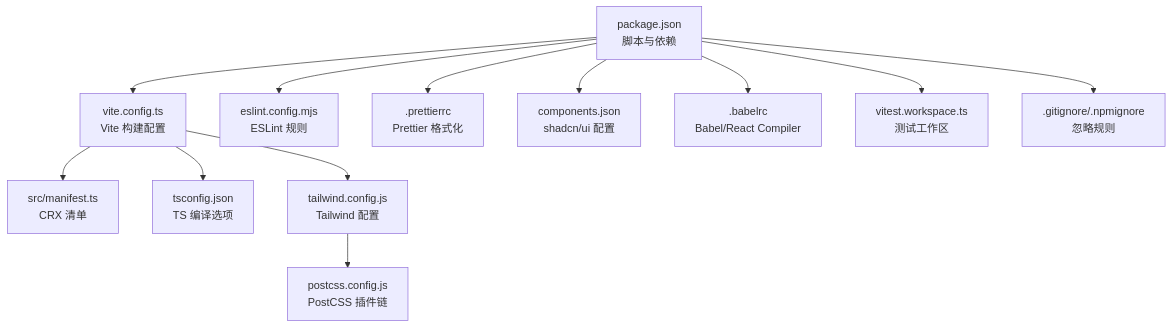
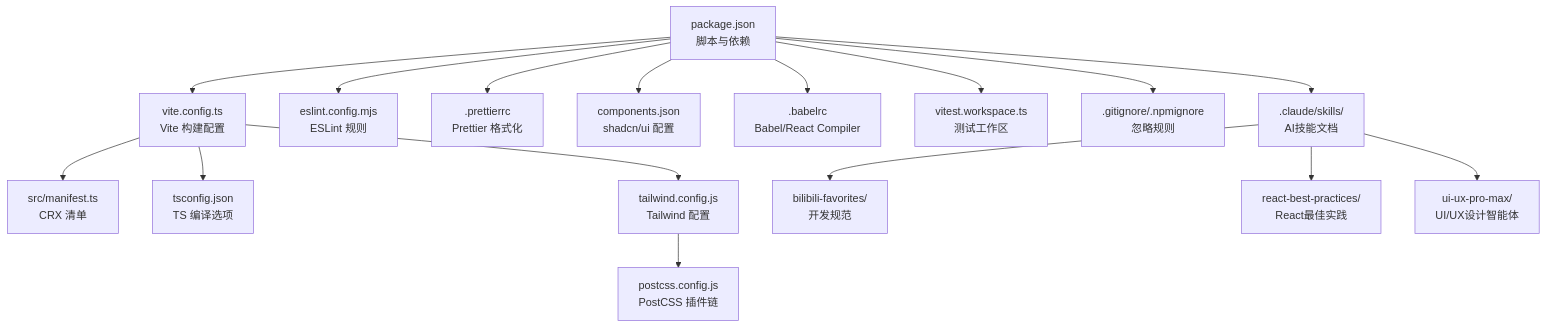
The first of 3 diagrams in .qoder/repowiki/zh/content/开发指南/开发指南.md (RadiumAg/bilibili-favorites), drawn with Mermaid before and after one commit. The commit also changed other lines of this file and 27 other files, not shown here.

````diff
--- a/.qoder/repowiki/zh/content/开发指南/开发指南.md
+++ b/.qoder/repowiki/zh/content/开发指南/开发指南.md
@@ -61,14 +68,18 @@
 ```mermaid
 graph TB
 A["package.json<br/>脚本与依赖"] --> B["vite.config.ts<br/>Vite 构建配置"]
 B --> C["src/manifest.ts<br/>CRX 清单"]
 B --> D["tsconfig.json<br/>TS 编译选项"]
 B --> E["tailwind.config.js<br/>Tailwind 配置"]
 E --> F["postcss.config.js<br/>PostCSS 插件链"]
 A --> G["eslint.config.mjs<br/>ESLint 规则"]
 A --> H[".prettierrc<br/>Prettier 格式化"]
 A --> I["components.json<br/>shadcn/ui 配置"]
 A --> J[".babelrc<br/>Babel/React Compiler"]
 A --> K["vitest.workspace.ts<br/>测试工作区"]
 A --> L[".gitignore/.npmignore<br/>忽略规则"]
+A --> M[".claude/skills/<br/>AI技能文档"]
+M --> N["bilibili-favorites/<br/>开发规范"]
+M --> O["react-best-practices/<br/>React最佳实践"]
+M --> P["ui-ux-pro-max/<br/>UI/UX设计智能体"]
 ```
````
